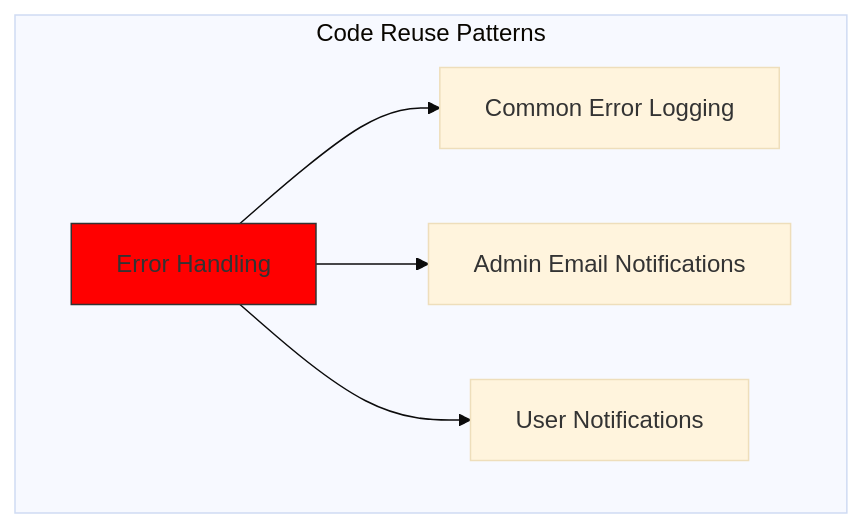
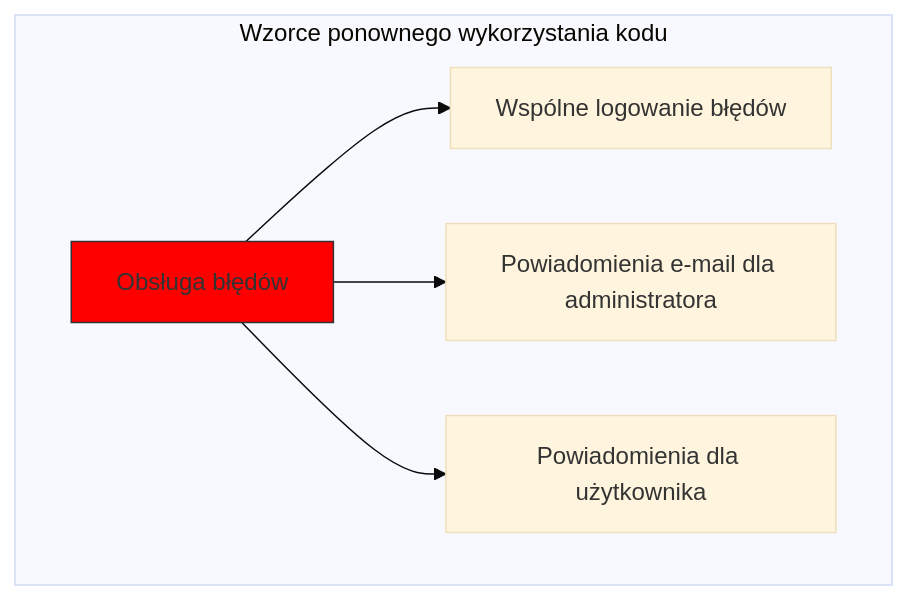
The fourth of 7 diagrams in app/views/docs/building-reliable-payment-system-stripe-paypal/index-pl.md (forwardemail/forwardemail.net), drawn with Mermaid (base theme) before and after one commit. The commit also changed other lines of this file and 1055 other files, not shown here.

````diff
--- a/app/views/docs/building-reliable-payment-system-stripe-paypal/index-pl.md
+++ b/app/views/docs/building-reliable-payment-system-stripe-paypal/index-pl.md
@@ -611,14 +615,14 @@
 ```mermaid
 graph TD
-    subgraph "Code Reuse Patterns"
-        E[Error Handling] --> F[Common Error Logging]
-        E --> G[Admin Email Notifications]
-        E --> H[User Notifications]
+    subgraph "Wzorce ponownego wykorzystania kodu"
+        E[Obsługa błędów] --> F[Wspólne logowanie błędów]
+        E --> G[Powiadomienia e-mail dla administratora]
+        E --> H[Powiadomienia dla użytkownika]
     end
 
     classDef primary fill:blue,stroke:#333,stroke-width:2px;
     classDef secondary fill:red,stroke:#333,stroke-width:1px;
 
     class A,P,V primary;
     class B,C,D,E,I,L,Q,R,S,W,X,Y,Z secondary;
 ```
````
